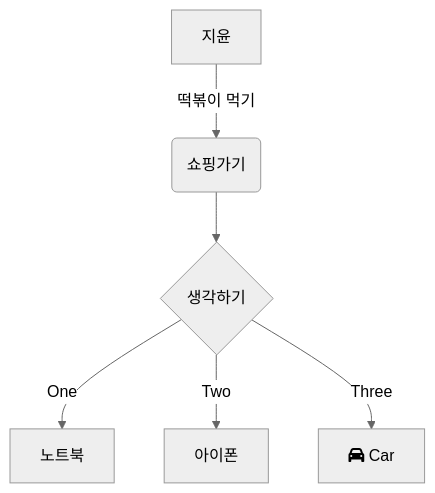
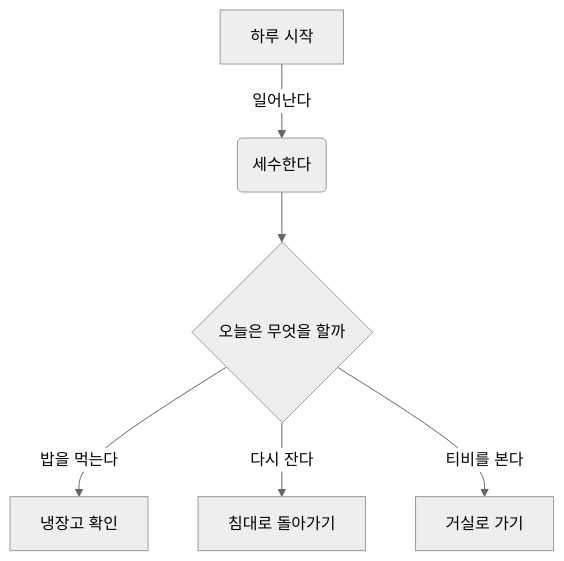
One commit to junep16/mermaid-test changed the first of 2 diagrams in README.md. Above: the diagram before and after it, drawn with Mermaid (neutral theme).

````diff
--- a/README.md
+++ b/README.md
@@ -4,8 +4,8 @@
 ```mermaid 
-flowchart TD
-    A[지윤] -->|떡볶이 먹기| B(쇼핑가기)
-    B --> C{생각하기}
-    C -->|One| D[노트북]
-    C -->|Two| E[아이폰]
-    C -->|Three| F[fa:fa-car Car]
+graph TD
+    A[하루 시작] -->|일어난다| B(세수한다)
+    B --> C{오늘은 무엇을 할까}
+    C -->|밥을 먹는다| D[냉장고 확인]
+    C -->|다시 잔다| E[침대로 돌아가기]
+    C -->|티비를 본다| F[거실로 가기]
 ``` 
````
